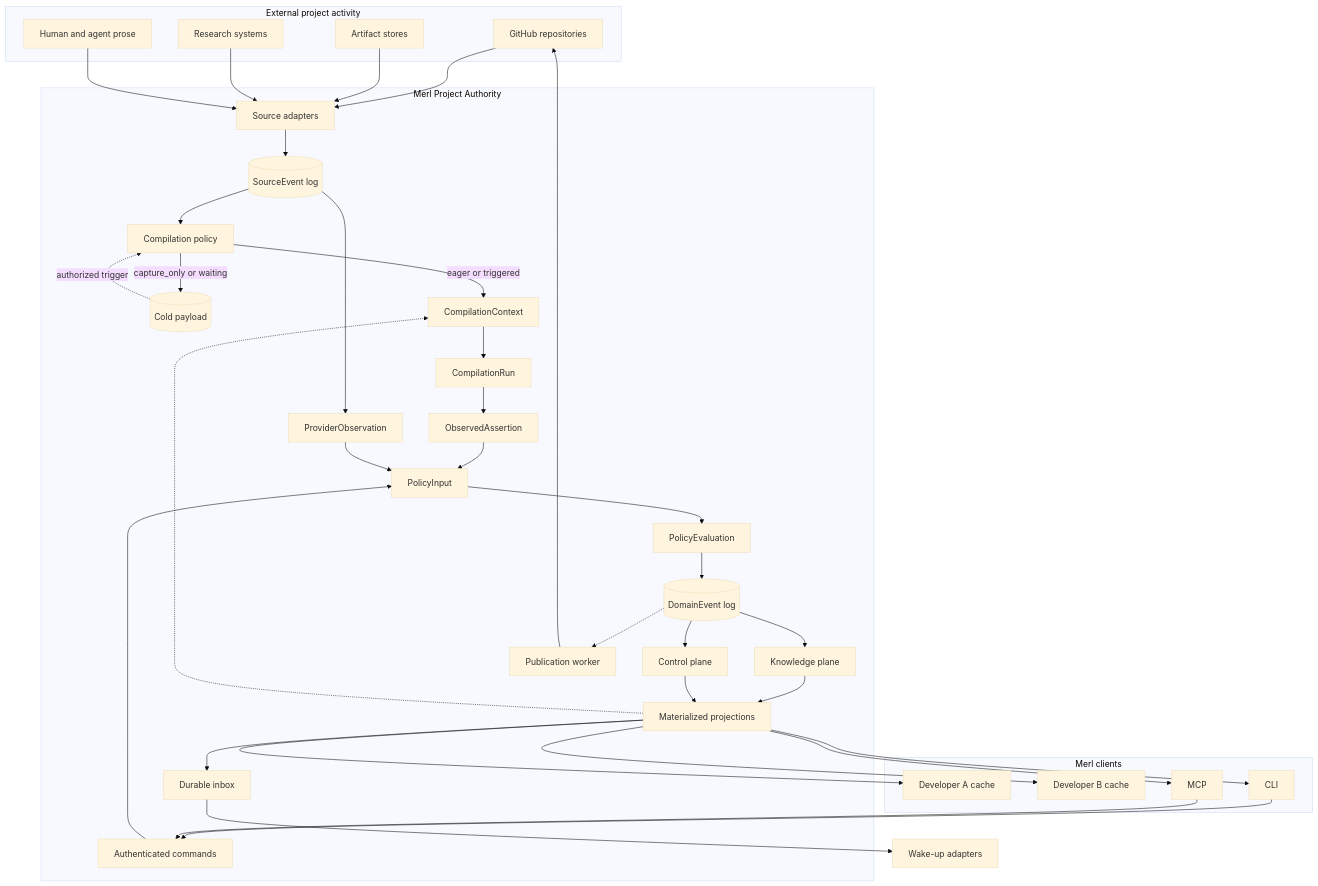
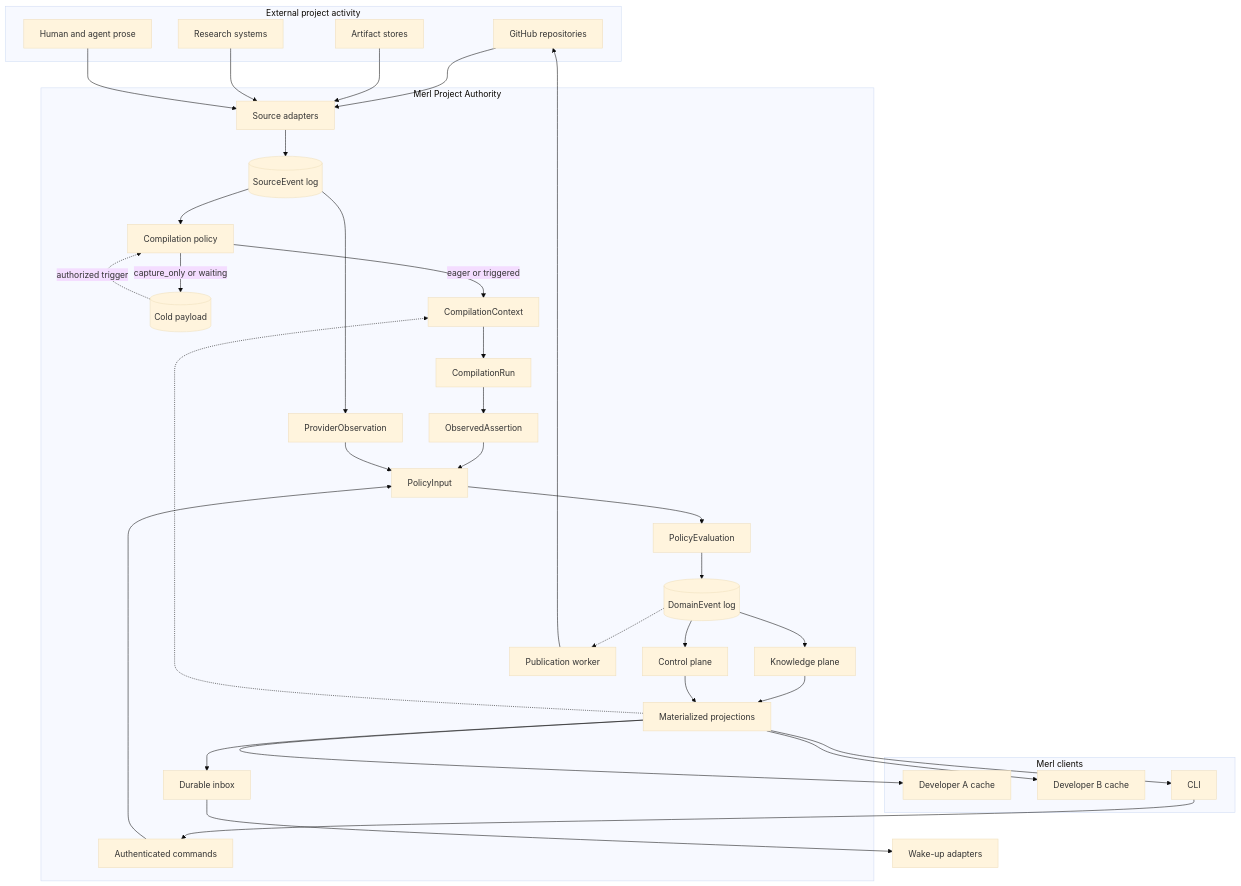
One commit to infagent/merl changed the first of 5 diagrams in docs/architecture.md. Above: the diagram before and after it, drawn with Mermaid (base theme). The commit also changed other lines of this file and 6 other files, not shown here.

````diff
--- a/docs/architecture.md
+++ b/docs/architecture.md
@@ -48,61 +48,58 @@
 ```mermaid
 flowchart TB
     subgraph activity[External project activity]
         GH[GitHub repositories]
         AR[Artifact stores]
         RR[Research systems]
         DM[Human and agent prose]
     end
 
     subgraph authority[Merl Project Authority]
         SA[Source adapters]
         SE[(SourceEvent log)]
         CG[Compilation policy]
         COLD[(Cold payload)]
         CX[CompilationContext]
         CR[CompilationRun]
         OA[ObservedAssertion]
         PO[ProviderObservation]
         PI[PolicyInput]
         PE[PolicyEvaluation]
         DE[(DomainEvent log)]
         KP[Knowledge plane]
         CP[Control plane]
         MP[Materialized projections]
         IN[Durable inbox]
         CMD[Authenticated commands]
         PUB[Publication worker]
 
         SA --> SE --> CG
         CG -->|eager or triggered| CX --> CR --> OA --> PI --> PE --> DE
         CG -->|capture_only or waiting| COLD
         COLD -. authorized trigger .-> CG
         SE --> PO --> PI
         CMD --> PI
         DE --> KP --> MP
         DE --> CP --> MP
         MP -.-> CX
         MP --> IN
         DE -.-> PUB
     end
 
     subgraph clients[Merl clients]
         A[Developer A cache]
         B[Developer B cache]
         CLI[CLI]
-        MCP[MCP]
     end
 
     GH --> SA
     AR --> SA
     RR --> SA
     DM --> SA
     MP --> A
     MP --> B
     MP --> CLI
-    MP --> MCP
     CLI --> CMD
-    MCP --> CMD
     IN --> WA[Wake-up adapters]
     PUB --> GH
 ```
````
